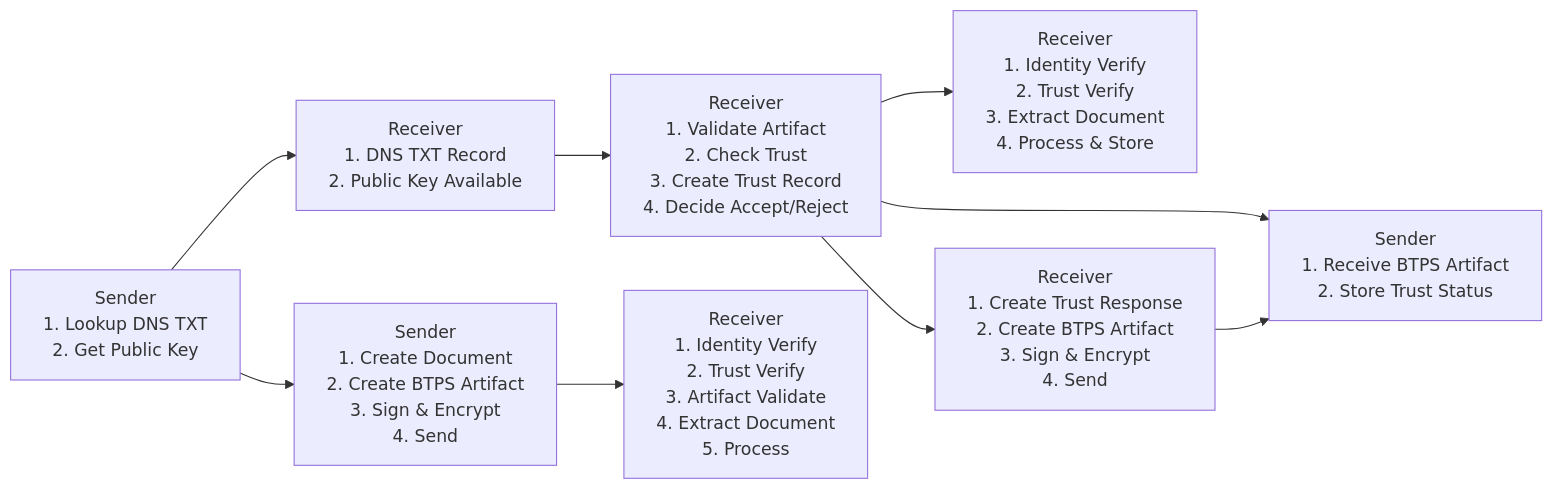
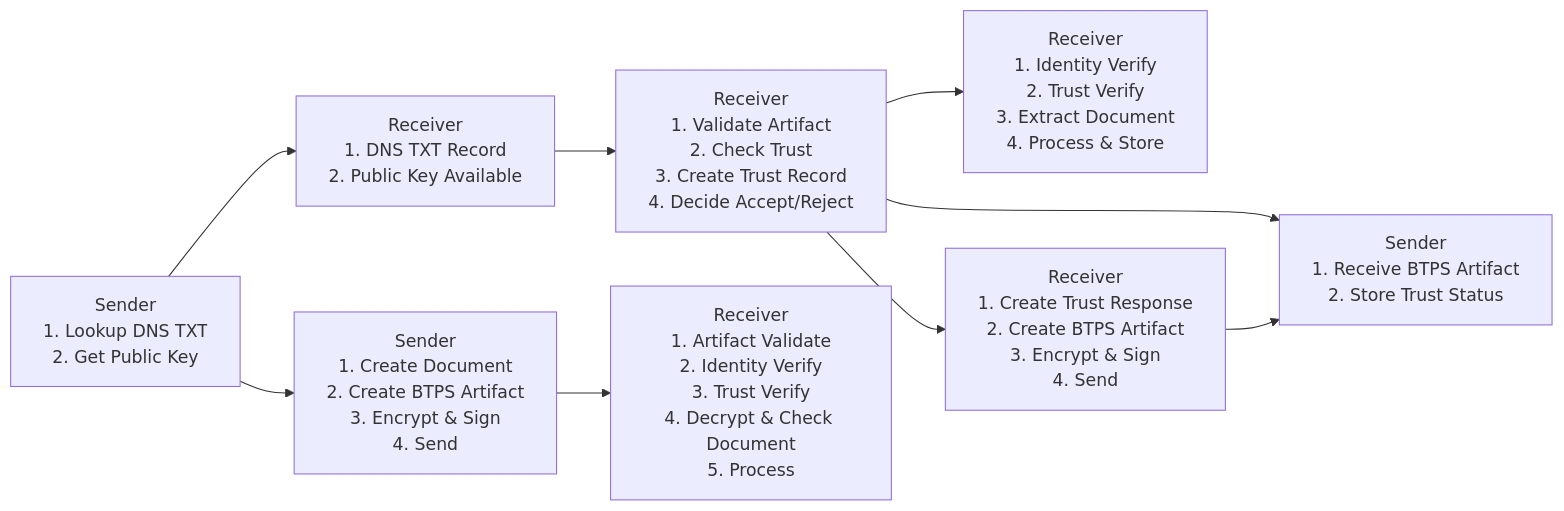
The first of 7 diagrams in docs/docusaurus/docs/protocol/messageFlow.md (openbtps/btps-node), drawn with Mermaid before and after one commit. The commit also changed other lines of this file and 26 other files, not shown here.

First line of the commit message:
Docs: bring every diagram in line with 1.1

````diff
--- a/docs/docusaurus/docs/protocol/messageFlow.md
+++ b/docs/docusaurus/docs/protocol/messageFlow.md
@@ -24,24 +24,24 @@
 ```mermaid
 flowchart LR
   %% DNS Discovery
   A1[Sender<br/>1. Lookup DNS TXT<br/>2. Get Public Key] --> A2[Receiver<br/>1. DNS TXT Record<br/>2. Public Key Available]
 
   %% Trust Request
   A2 --> A3[Receiver<br/>1. Validate Artifact<br/>2. Check Trust<br/>3. Create Trust Record<br/>4. Decide Accept/Reject]
 
   %% Document Exchange
   A3 --> A4[Receiver<br/>1. Identity Verify<br/>2. Trust Verify<br/>3. Extract Document<br/>4. Process & Store]
 
   %% Trust Response
   A3 --> B1[Sender<br/>1. Receive BTPS Artifact<br/>2. Store Trust Status]
-  A3 --> B2[Receiver<br/>1. Create Trust Response<br/>2. Create BTPS Artifact<br/>3. Sign & Encrypt<br/>4. Send]
+  A3 --> B2[Receiver<br/>1. Create Trust Response<br/>2. Create BTPS Artifact<br/>3. Encrypt & Sign<br/>4. Send]
 
   B2 --> B1
 
   %% BTPS Artifact Sending
-  B3[Sender<br/>1. Create Document<br/>2. Create BTPS Artifact<br/>3. Sign & Encrypt<br/>4. Send] --> B4[Receiver<br/>1. Identity Verify<br/>2. Trust Verify<br/>3. Artifact Validate<br/>4. Extract Document<br/>5. Process]
+  B3[Sender<br/>1. Create Document<br/>2. Create BTPS Artifact<br/>3. Encrypt & Sign<br/>4. Send] --> B4[Receiver<br/>1. Artifact Validate<br/>2. Identity Verify<br/>3. Trust Verify<br/>4. Decrypt & Check Document<br/>5. Process]
 
   %% Linking sender and receiver for main message flow
   A1 --> B3
 
 ```
````
